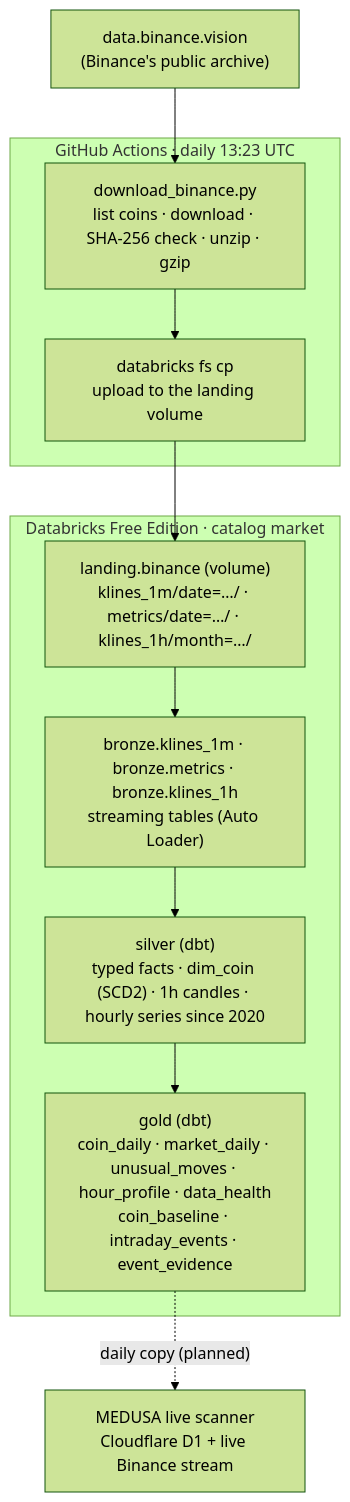
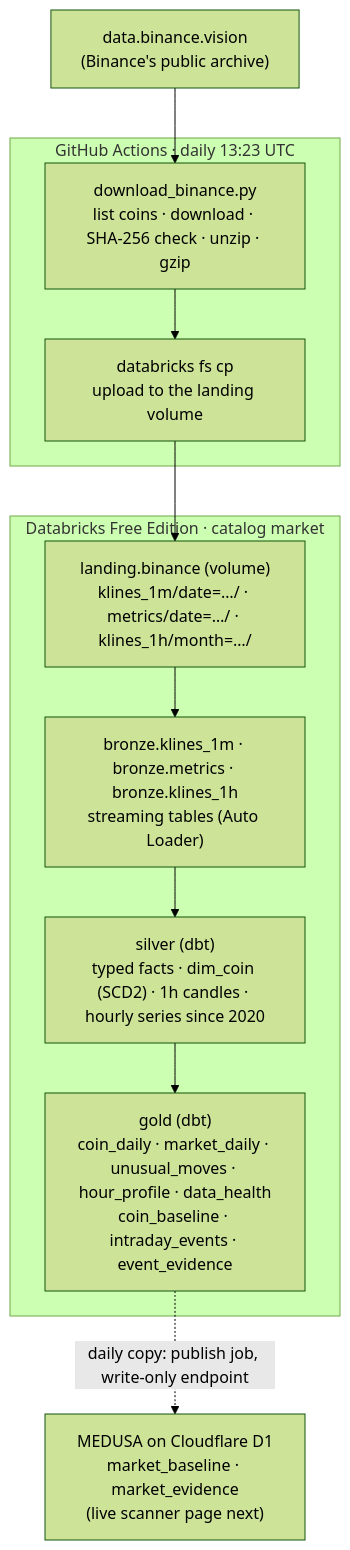
The diagram in lakehouse/docs/architecture.md (shivam65-sketch/medusa), drawn with Mermaid (forest theme) before and after one commit. The commit also changed other lines of this file and 23 other files, not shown here.

Commit message:
Docs: steps 23-24 (serving tables, publish job), ADR-024, updated diagrams

````diff
--- a/lakehouse/docs/architecture.md
+++ b/lakehouse/docs/architecture.md
@@ -13,18 +13,18 @@
 ```mermaid
 flowchart TB
   subgraph GH["GitHub Actions · daily 13:23 UTC"]
     D1["download_binance.py<br>list coins · download · SHA-256 check · unzip · gzip"]
     D2["databricks fs cp<br>upload to the landing volume"]
     D1 --> D2
   end
   BIN["data.binance.vision<br>(Binance's public archive)"] --> D1
   subgraph DBX["Databricks Free Edition · catalog market"]
     L["landing.binance (volume)<br>klines_1m/date=…/ · metrics/date=…/ · klines_1h/month=…/"]
     BR["bronze.klines_1m · bronze.metrics · bronze.klines_1h<br>streaming tables (Auto Loader)"]
     SI["silver (dbt)<br>typed facts · dim_coin (SCD2) · 1h candles · hourly series since 2020"]
     GO["gold (dbt)<br>coin_daily · market_daily · unusual_moves · hour_profile · data_health<br>coin_baseline · intraday_events · event_evidence"]
     L --> BR --> SI --> GO
   end
   D2 --> L
-  GO -.->|"daily copy (planned)"| CF["MEDUSA live scanner<br>Cloudflare D1 + live Binance stream"]
+  GO -.->|"daily copy: publish job, write-only endpoint"| CF["MEDUSA on Cloudflare D1<br>market_baseline · market_evidence<br>(live scanner page next)"]
 ```
````
